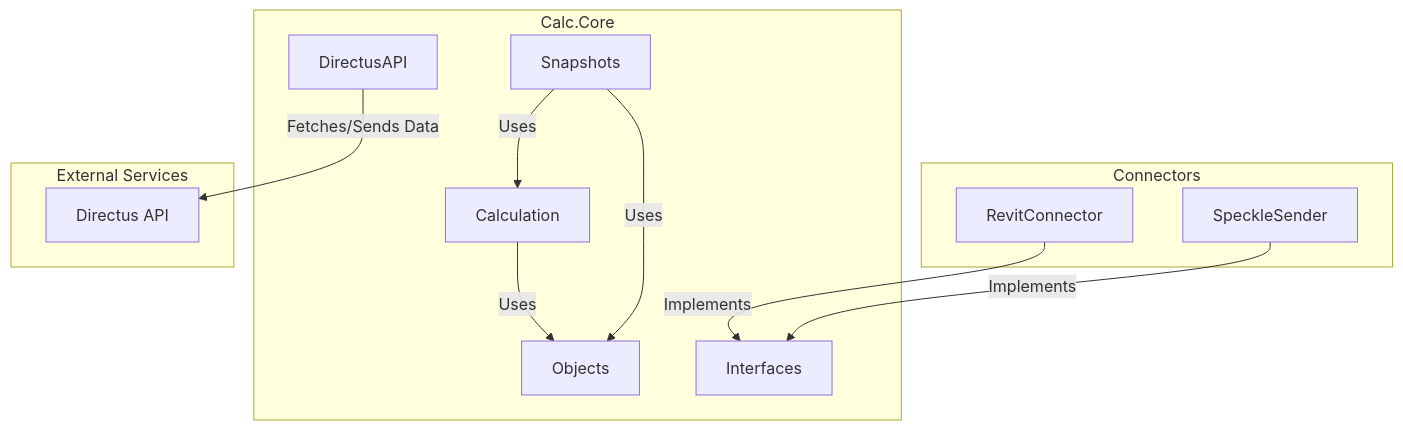
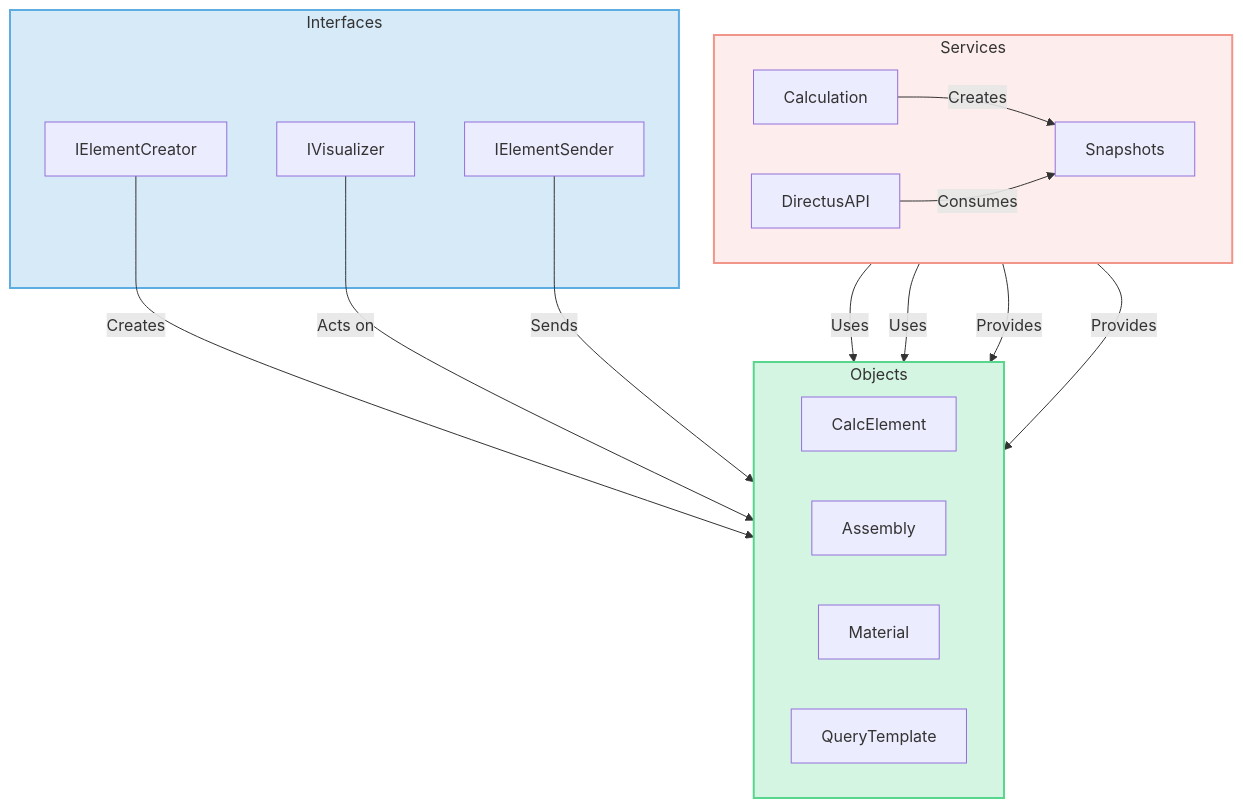
The diagram in dev/Core/README.md (herzogdemeuron/calc), drawn with Mermaid before and after one commit. The commit also changed other lines of this file, not shown here.

````diff
--- a/dev/Core/README.md
+++ b/dev/Core/README.md
@@ -11,27 +11,39 @@
 ```mermaid
 graph TD
-    subgraph Calc.Core
-        Objects
-        DirectusAPI
-        Calculation
-        Snapshots
-        Interfaces
+    subgraph Interfaces
+        IElementCreator
+        IVisualizer
+        IElementSender
     end
 
-    subgraph Connectors
-        RevitConnector
-        SpeckleSender
+    subgraph Objects
+        direction LR
+        CalcElement
+        Assembly
+        Material
+        QueryTemplate
     end
 
-    subgraph External Services
-        Directus[Directus API]
+    subgraph Services
+        direction LR
+        Calculation
+        DirectusAPI
+        Snapshots
     end
 
-    DirectusAPI -- Fetches/Sends Data --> Directus
-    Calculation -- Uses --> Objects
-    Snapshots -- Uses --> Objects
-    Snapshots -- Uses --> Calculation
+    Calculation -- Uses --> Material
+    Calculation -- Uses --> Assembly
+    Calculation -- Creates --> Snapshots
 
-    RevitConnector -- Implements --> Interfaces
-    SpeckleSender -- Implements --> Interfaces
+    DirectusAPI -- Provides --> QueryTemplate
+    DirectusAPI -- Provides --> Material
+    DirectusAPI -- Consumes --> Snapshots
+
+    IElementCreator -- Creates --> CalcElement
+    IVisualizer -- Acts on --> CalcElement
+    IElementSender -- Sends --> Assembly
+
+    style Interfaces fill:#D6EAF8,stroke:#5DADE2,stroke-width:2px
+    style Objects fill:#D5F5E3,stroke:#58D68D,stroke-width:2px
+    style Services fill:#FDEDEC,stroke:#F1948A,stroke-width:2px
 ```
````
